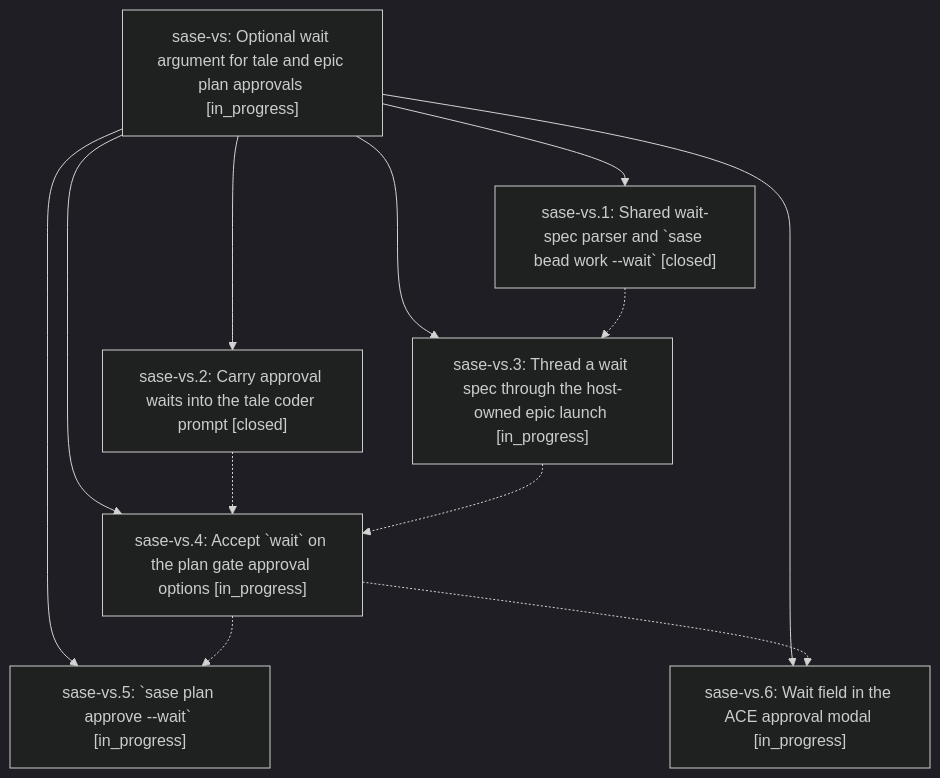
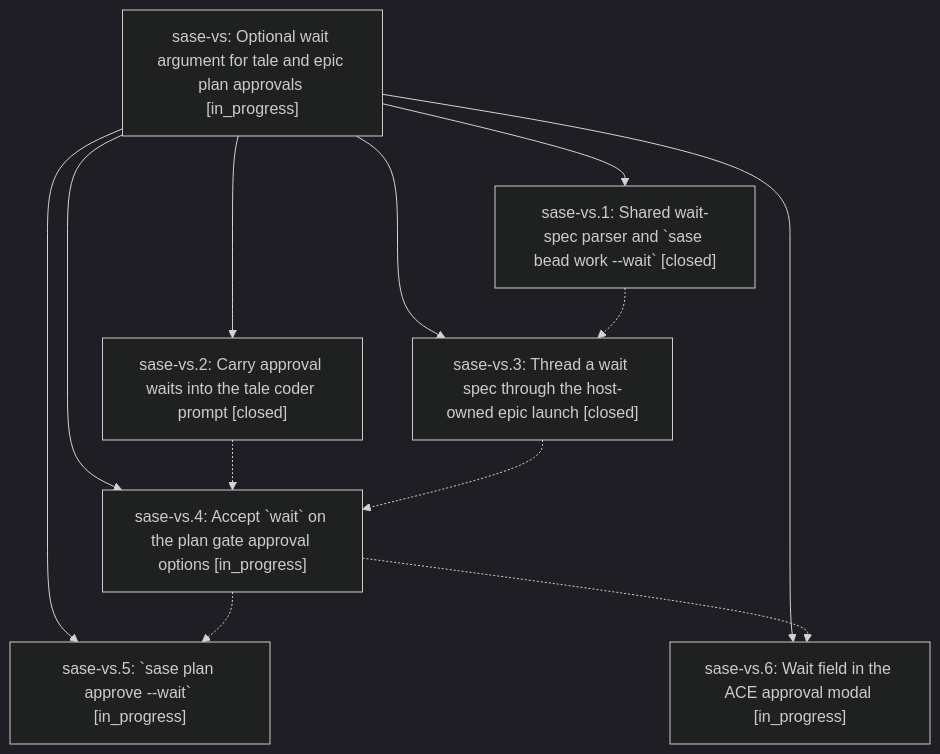
Before and after one commit to sase-org/sase--beads: the diagram in pages/sase-vs/README.md, drawn with Mermaid (dark theme). The commit also changed other lines of this file and 3 other files, not shown here.

````diff
--- a/pages/sase-vs/README.md
+++ b/pages/sase-vs/README.md
@@ -39,21 +39,21 @@
 ```mermaid
 flowchart TD
     n0["sase-vs: Optional wait argument for tale and epic plan approvals [in_progress]"]
     n1["sase-vs.1: Shared wait-spec parser and `sase bead work --wait` [closed]"]
     n2["sase-vs.2: Carry approval waits into the tale coder prompt [closed]"]
-    n3["sase-vs.3: Thread a wait spec through the host-owned epic launch [in_progress]"]
+    n3["sase-vs.3: Thread a wait spec through the host-owned epic launch [closed]"]
     n4["sase-vs.4: Accept `wait` on the plan gate approval options [in_progress]"]
     n5["sase-vs.5: `sase plan approve --wait` [in_progress]"]
     n6["sase-vs.6: Wait field in the ACE approval modal [in_progress]"]
     n0 --> n1
     n0 --> n2
     n0 --> n3
     n0 --> n4
     n0 --> n5
     n0 --> n6
     n1 -.-> n3
     n2 -.-> n4
     n3 -.-> n4
     n4 -.-> n5
     n4 -.-> n6
 ```
````
